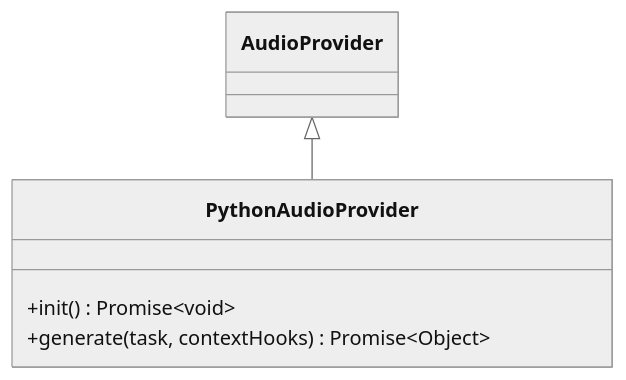
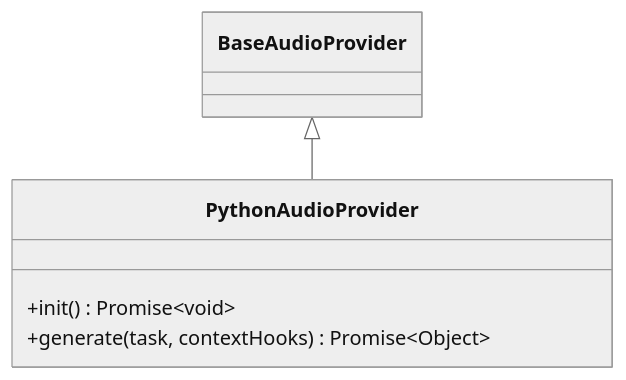
Diagram 22 of 36 in docs/SERVER_DOCS.md (DrMarcoGilardi/BRANI-360), drawn with Mermaid (neutral theme) before and after one commit. The commit also changed other lines of this file and 2 other files, not shown here.

````diff
--- a/docs/SERVER_DOCS.md
+++ b/docs/SERVER_DOCS.md
@@ -662,8 +662,8 @@
 ```mermaid
 classDiagram
-AudioProvider <|-- PythonAudioProvider
+BaseAudioProvider <|-- PythonAudioProvider
 class PythonAudioProvider{
 +init() Promise~void~
 +generate(task, contextHooks) Promise~Object~
 }
 ```
````
